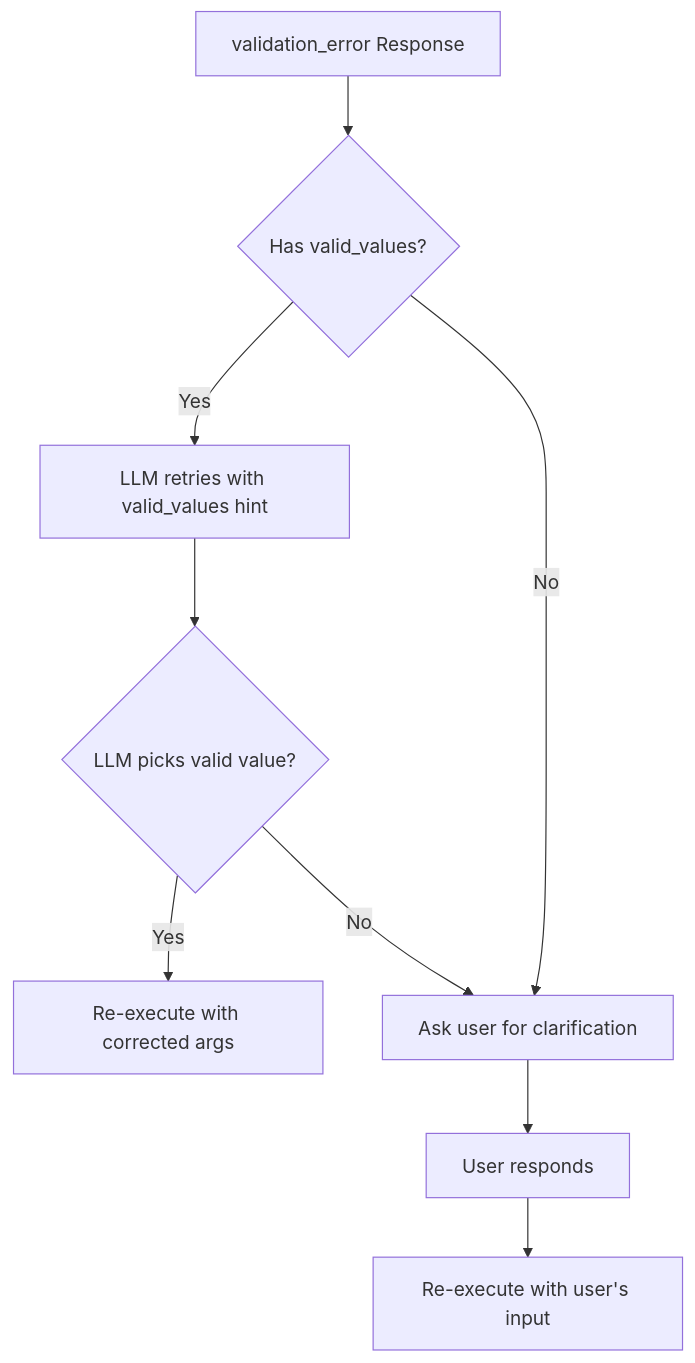
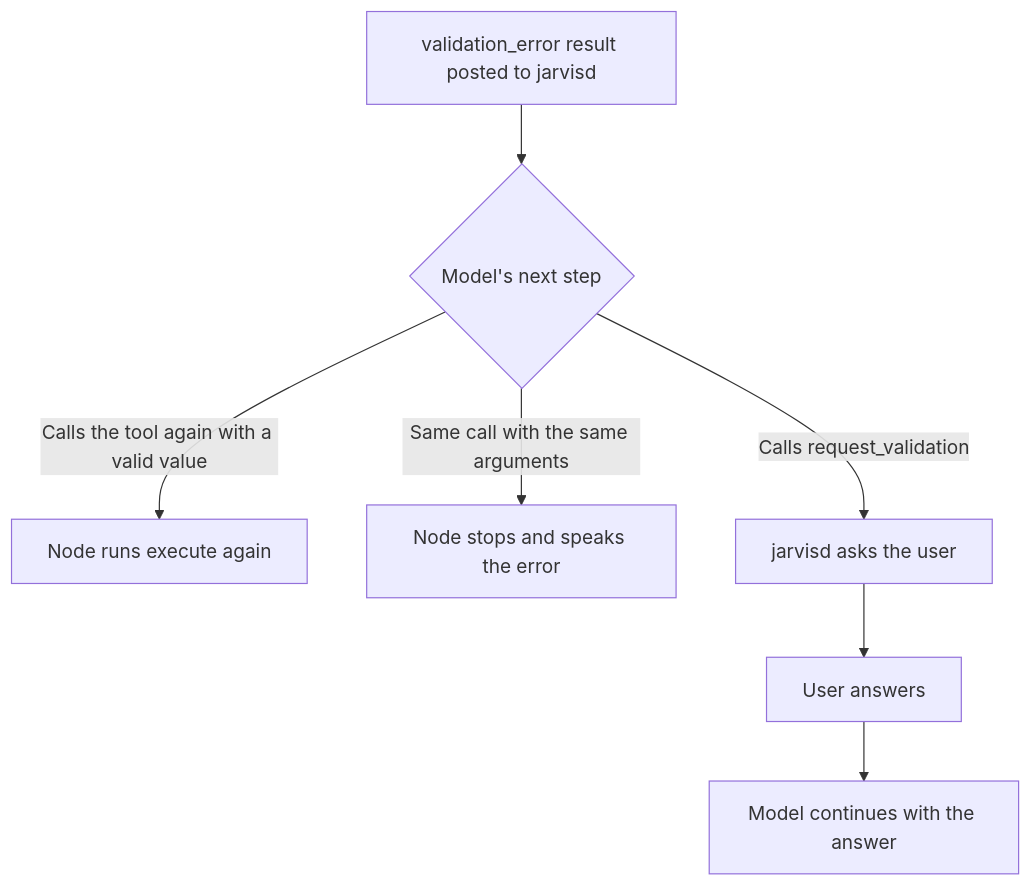
Before and after one commit to alexberardi/jarvis-docs: the third of 4 diagrams in docs/commands/lifecycle.md, drawn with Mermaid. The commit also changed other lines of this file and 10 other files, not shown here.

````diff
--- a/docs/commands/lifecycle.md
+++ b/docs/commands/lifecycle.md
@@ -331,11 +357,9 @@
 ```mermaid
 flowchart TD
-    A[validation_error Response] --> B{Has valid_values?}
-    B -->|Yes| C[LLM retries with valid_values hint]
-    C --> D{LLM picks valid value?}
-    D -->|Yes| E[Re-execute with corrected args]
-    D -->|No| F[Ask user for clarification]
-    B -->|No| F
-    F --> G[User responds]
-    G --> H[Re-execute with user's input]
+    A[validation_error result posted to jarvisd] --> B{Model's next step}
+    B -->|Calls the tool again with a valid value| C[Node runs execute again]
+    B -->|Same call with the same arguments| D[Node stops and speaks the error]
+    B -->|Calls request_validation| E[jarvisd asks the user]
+    E --> G[User answers]
+    G --> H[Model continues with the answer]
 ```
````
